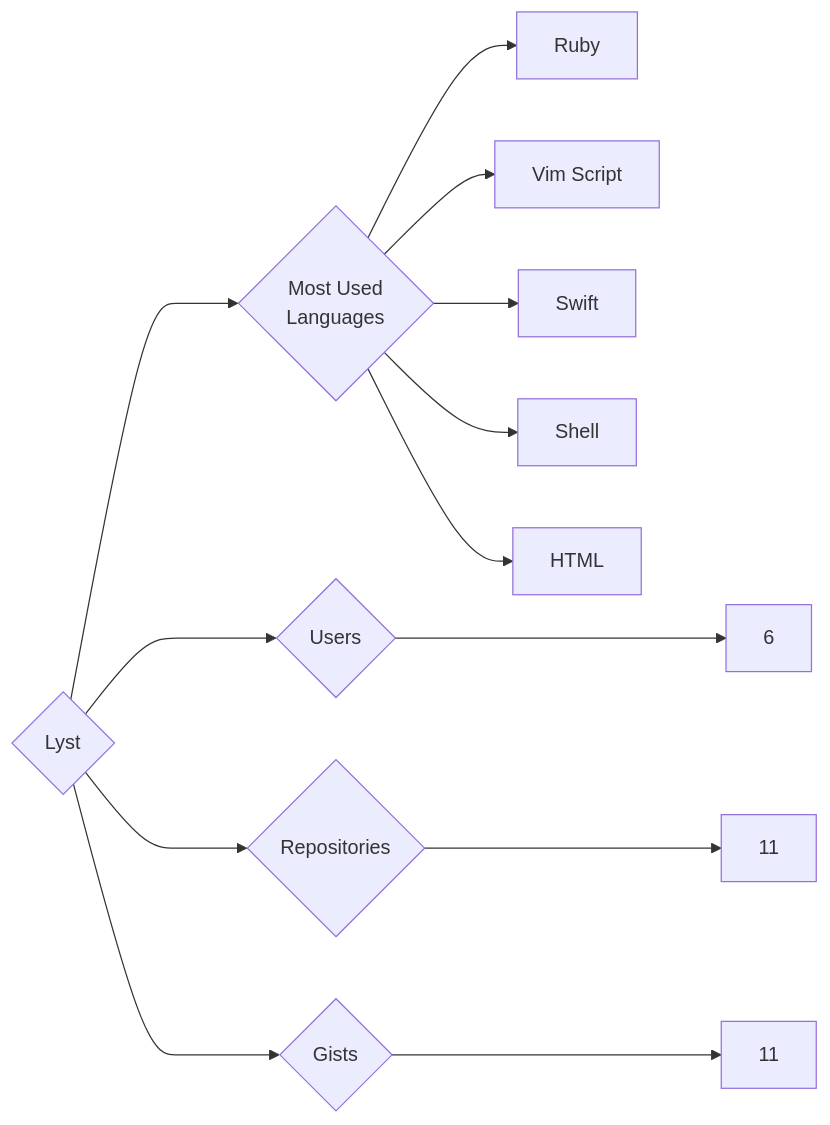
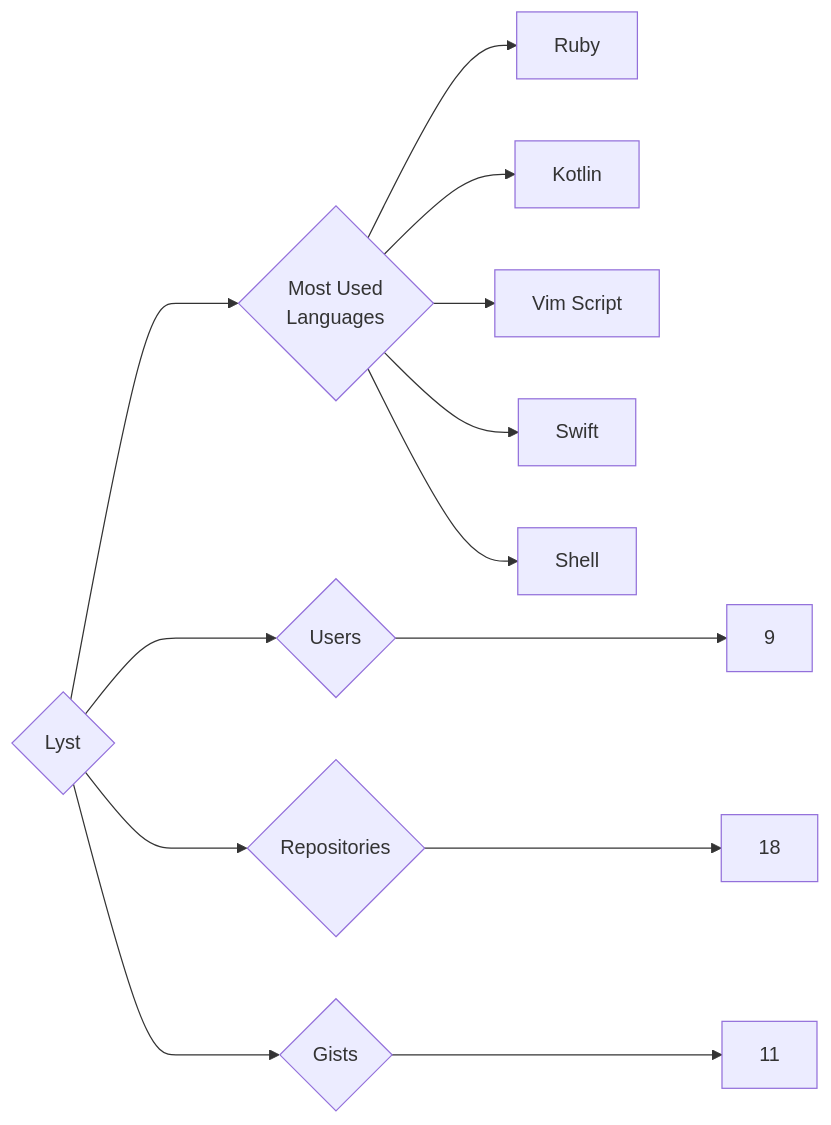
One commit to trickest/insiders changed the diagram in targets/Lyst/README.md. Above: the diagram before and after it, drawn with Mermaid. The commit also changed 695 other files, not shown here.

````diff
--- a/targets/Lyst/README.md
+++ b/targets/Lyst/README.md
@@ -3,13 +3,13 @@
 ```mermaid
 graph LR
 COMPANY_NAME{Lyst}
-COMPANY_NAME ---> U{Users} ---> UN[6]
-COMPANY_NAME ---> R{Repositories} ---> RN[11]
+COMPANY_NAME ---> U{Users} ---> UN[9]
+COMPANY_NAME ---> R{Repositories} ---> RN[18]
 COMPANY_NAME ---> G{Gists} ---> GN[11]
 COMPANY_NAME ---> ML{Most Used<br>Languages}
 ML --> Ruby[Ruby]
+ML --> Kotlin[Kotlin]
 ML --> Vim_Script[Vim Script]
 ML --> Swift[Swift]
 ML --> Shell[Shell]
-ML --> HTML[HTML]
 ```
````
